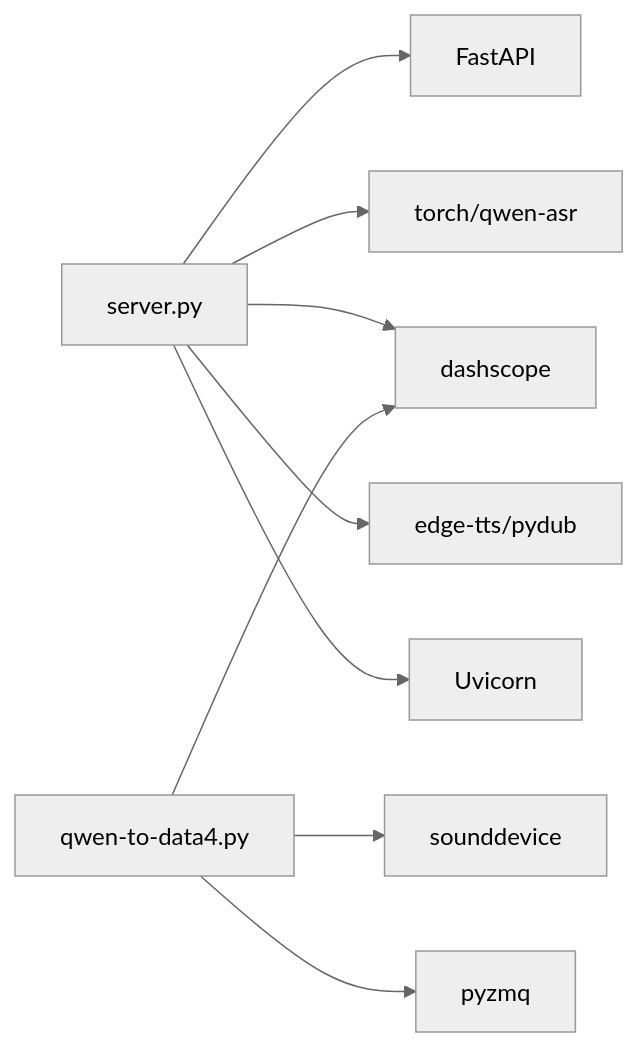
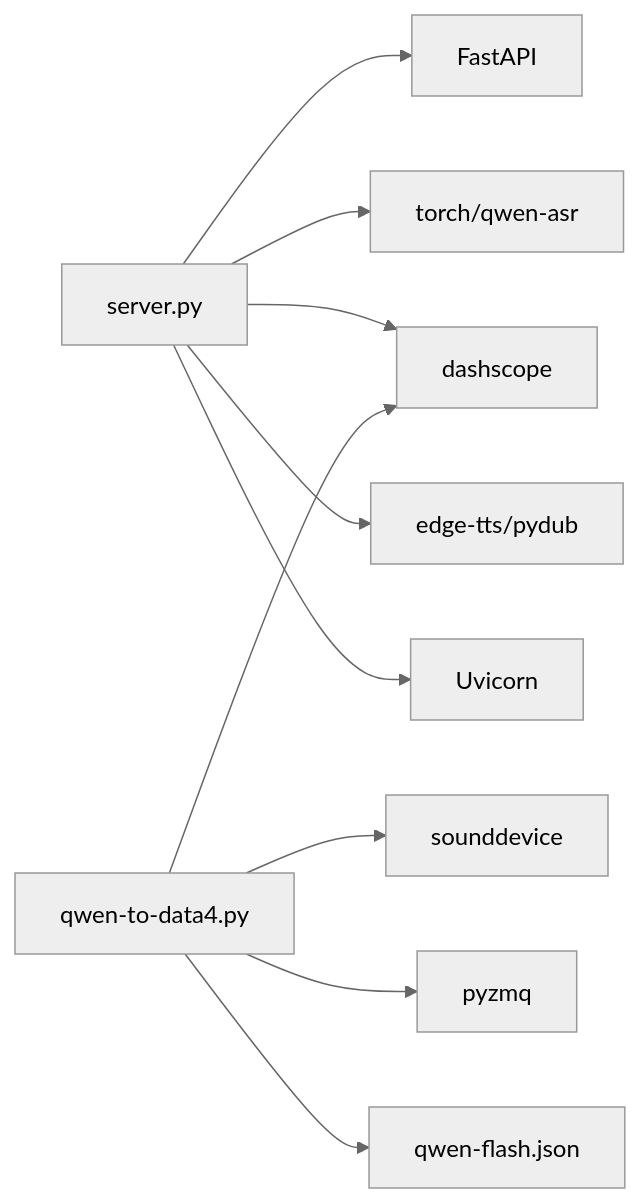
One commit to 1024dashen/Vue3Speech changed the seventh of 7 diagrams in .qoder/repowiki/zh/content/部署与运维/故障排除与维护.md. Above: the diagram before and after it, drawn with Mermaid (neutral theme). The commit also changed other lines of this file and 5 other files, not shown here.

````diff
--- a/.qoder/repowiki/zh/content/部署与运维/故障排除与维护.md
+++ b/.qoder/repowiki/zh/content/部署与运维/故障排除与维护.md
@@ -274,11 +297,12 @@
 ```mermaid
 graph LR
 S["server.py"] --> F["FastAPI"]
 S --> T["torch/qwen-asr"]
 S --> D["dashscope"]
 S --> E["edge-tts/pydub"]
 S --> U["Uvicorn"]
 Z["qwen-to-data4.py"] --> D
 Z --> SD["sounddevice"]
 Z --> ZMQ["pyzmq"]
+Z --> FL["qwen-flash.json"]
 ```
````
